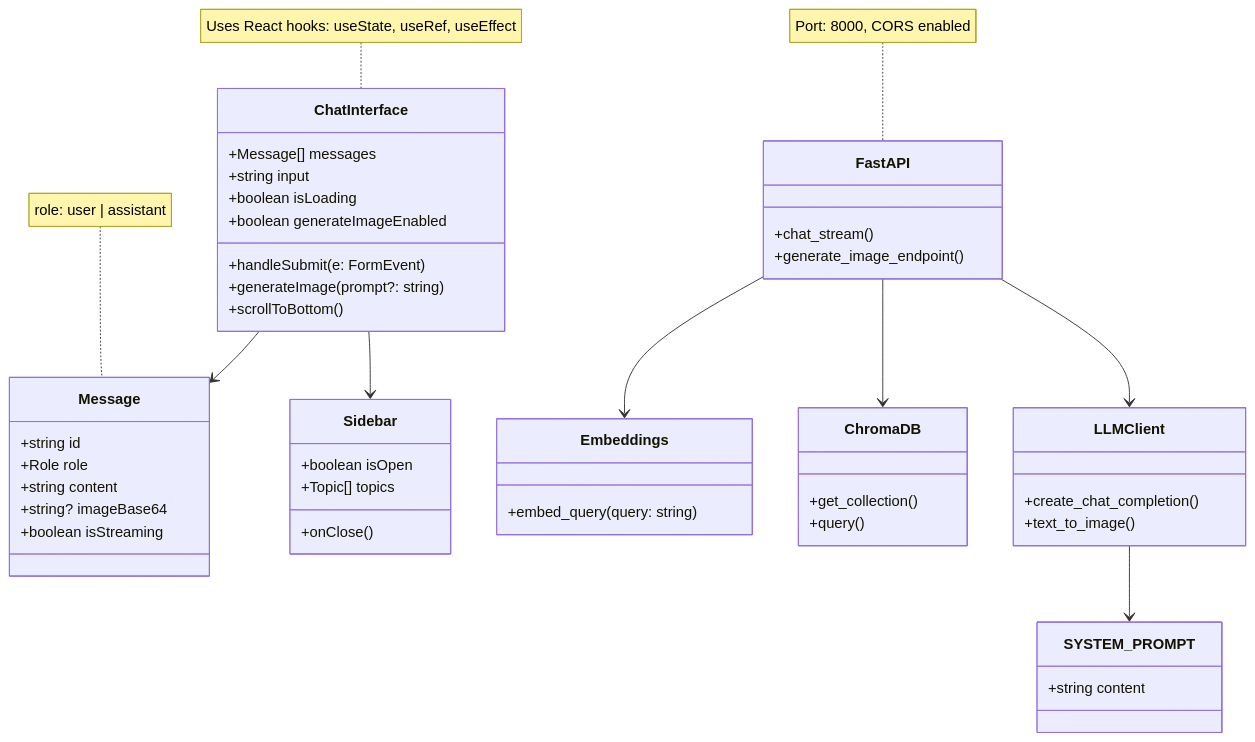
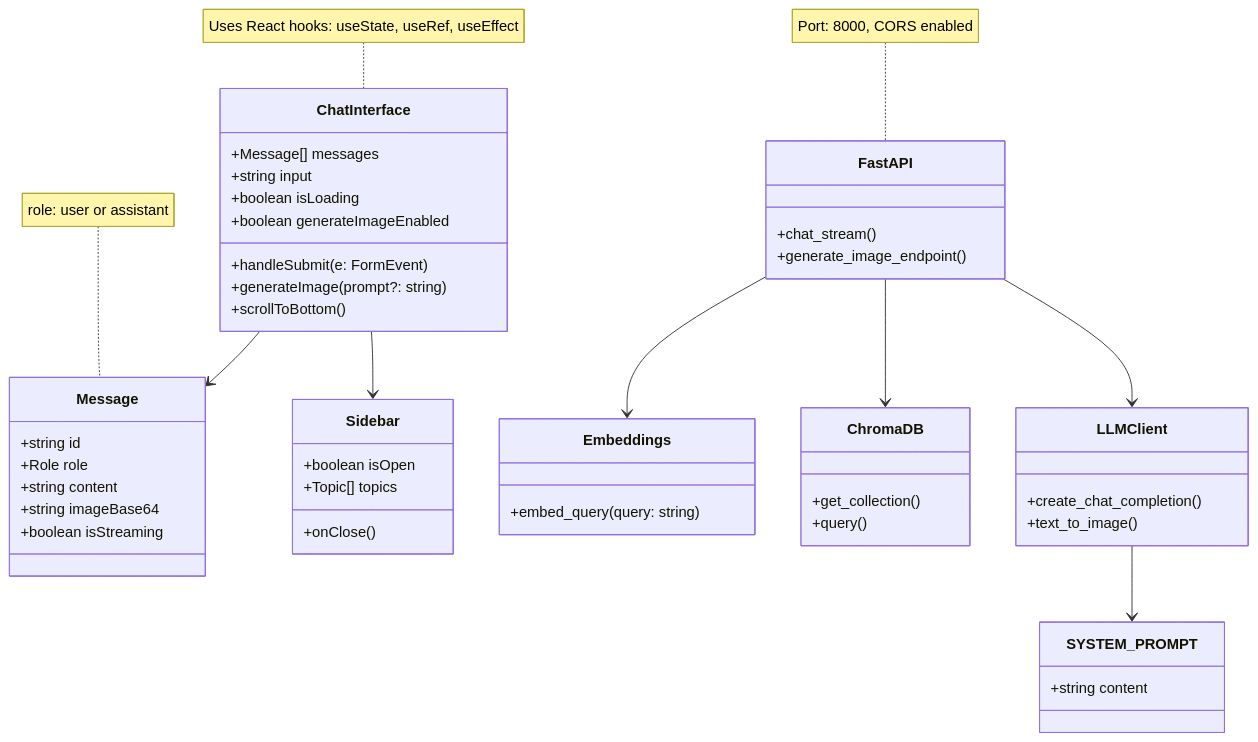
The diagram in docs/architecture/low-level/class-diagram.md (AdeelAtta/chatbot-for-heritage), drawn with Mermaid before and after one commit. The commit also changed 4 other files, not shown here.

Commit message:
fix: improve formatting and clarity in architecture diagrams and sequence flow

````diff
--- a/docs/architecture/low-level/class-diagram.md
+++ b/docs/architecture/low-level/class-diagram.md
@@ -3,60 +3,60 @@
 ```mermaid
 classDiagram
     class ChatInterface {
         +Message[] messages
         +string input
         +boolean isLoading
         +boolean generateImageEnabled
         +handleSubmit(e: FormEvent)
         +generateImage(prompt?: string)
         +scrollToBottom()
     }
 
     class Message {
         +string id
         +Role role
         +string content
-        +string? imageBase64
+        +string imageBase64
         +boolean isStreaming
     }
 
     class Sidebar {
         +boolean isOpen
         +onClose()
         +Topic[] topics
     }
 
     class FastAPI {
         +chat_stream()
         +generate_image_endpoint()
     }
 
     class Embeddings {
         +embed_query(query: string)
     }
 
     class ChromaDB {
         +get_collection()
         +query()
     }
 
     class LLMClient {
         +create_chat_completion()
         +text_to_image()
     }
 
     class SYSTEM_PROMPT {
         +string content
     }
 
     ChatInterface --> Message
     ChatInterface --> Sidebar
     FastAPI --> Embeddings
     FastAPI --> ChromaDB
     FastAPI --> LLMClient
     LLMClient --> SYSTEM_PROMPT
 
-    note for Message "role: user | assistant"
+    note for Message "role: user or assistant"
     note for ChatInterface "Uses React hooks: useState, useRef, useEffect"
     note for FastAPI "Port: 8000, CORS enabled"
 ```
````
